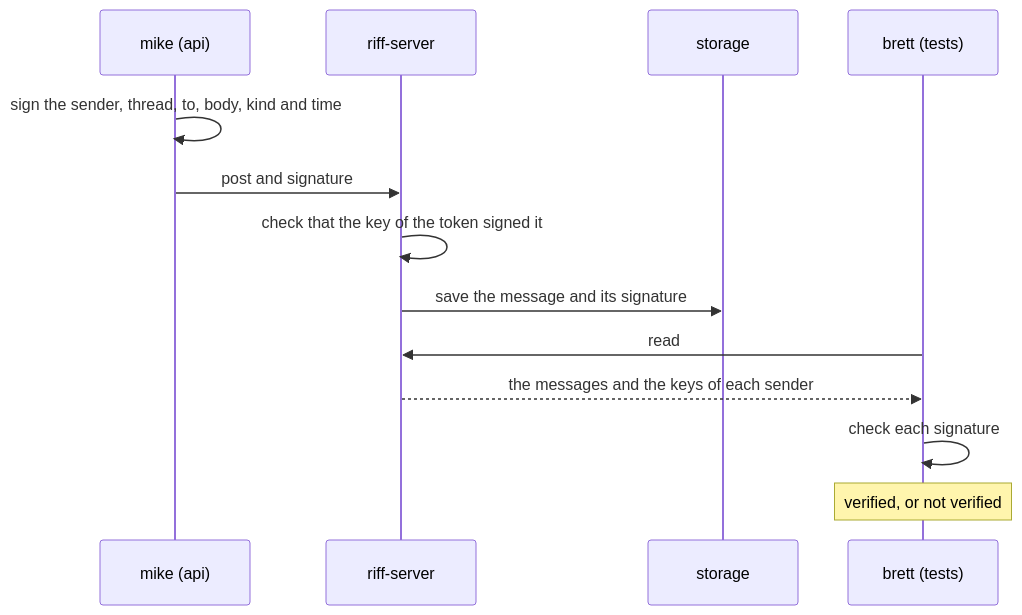
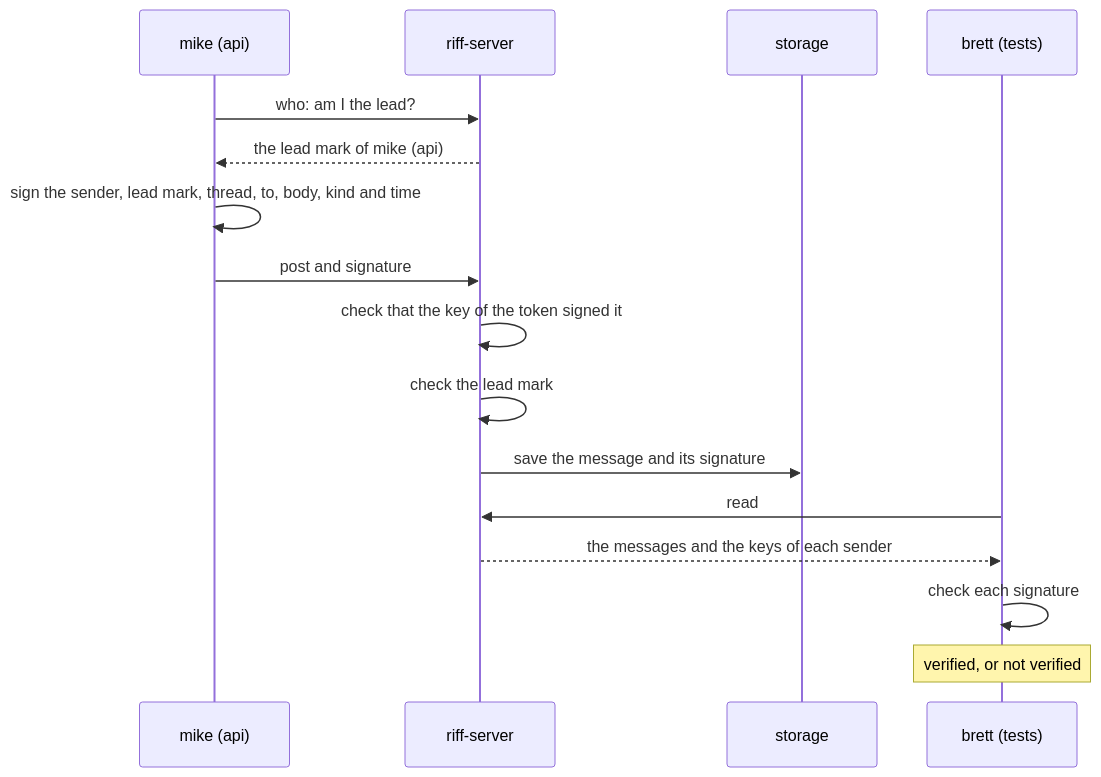
One commit to como-technologies/riff changed the ninth of 14 diagrams in docs/src/how-it-works.md. Above: the diagram before and after it, drawn with Mermaid. The commit also changed other lines of this file and 7 other files, not shown here.

First line of the commit message:
Sign the lead mark of the sender (R196, R198, #42)

````diff
--- a/docs/src/how-it-works.md
+++ b/docs/src/how-it-works.md
@@ -295,15 +295,18 @@
 ```mermaid
 sequenceDiagram
     participant A as mike (api)
     participant E as riff-server
     participant S as storage
     participant B as brett (tests)
-    A->>A: sign the sender, thread, to, body, kind and time
+    A->>E: who: am I the lead?
+    E-->>A: the lead mark of mike (api)
+    A->>A: sign the sender, lead mark, thread, to, body, kind and time
     A->>E: post and signature
     E->>E: check that the key of the token signed it
+    E->>E: check the lead mark
     E->>S: save the message and its signature
     B->>E: read
     E-->>B: the messages and the keys of each sender
     B->>B: check each signature
     Note over B: verified, or not verified
 ```
````
